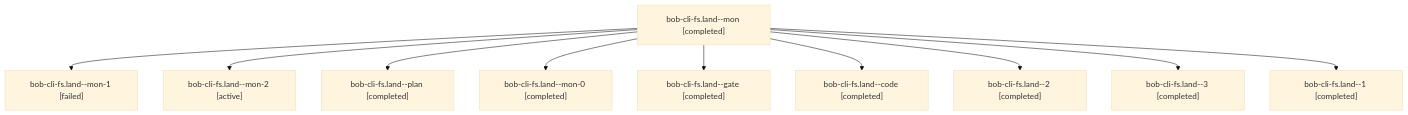
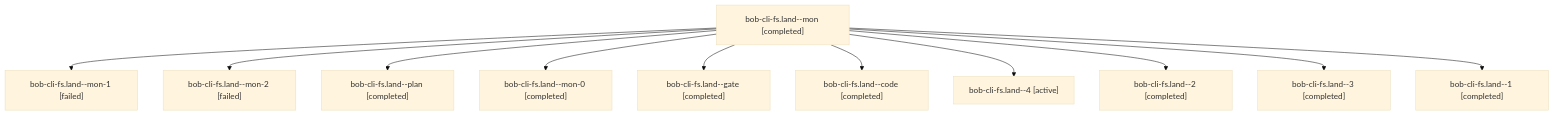
The diagram in sessions/bbugyi200.athena.bob-cli-fs.land.md (bobs-org/bob-cli--agents), drawn with Mermaid (base theme) before and after one commit. The commit also changed other lines of this file and 121 other files, not shown here.

````diff
--- a/sessions/bbugyi200.athena.bob-cli-fs.land.md
+++ b/sessions/bbugyi200.athena.bob-cli-fs.land.md
@@ -9,22 +9,24 @@
 ```mermaid
 flowchart TD
   n0["bob-cli-fs.land--mon [completed]"]
   n1["bob-cli-fs.land--mon-1 [failed]"]
   n0 --> n1
-  n2["bob-cli-fs.land--mon-2 [active]"]
+  n2["bob-cli-fs.land--mon-2 [failed]"]
   n0 --> n2
   n3["bob-cli-fs.land--plan [completed]"]
   n0 --> n3
   n4["bob-cli-fs.land--mon-0 [completed]"]
   n0 --> n4
   n5["bob-cli-fs.land--gate [completed]"]
   n0 --> n5
   n6["bob-cli-fs.land--code [completed]"]
   n0 --> n6
-  n7["bob-cli-fs.land--2 [completed]"]
+  n7["bob-cli-fs.land--4 [active]"]
   n0 --> n7
-  n8["bob-cli-fs.land--3 [completed]"]
+  n8["bob-cli-fs.land--2 [completed]"]
   n0 --> n8
-  n9["bob-cli-fs.land--1 [completed]"]
+  n9["bob-cli-fs.land--3 [completed]"]
   n0 --> n9
+  n10["bob-cli-fs.land--1 [completed]"]
+  n0 --> n10
 ```
````
